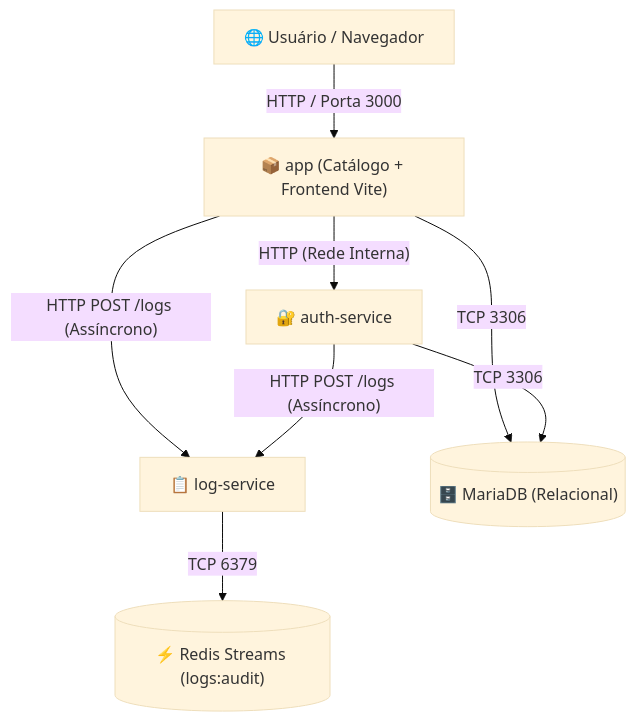
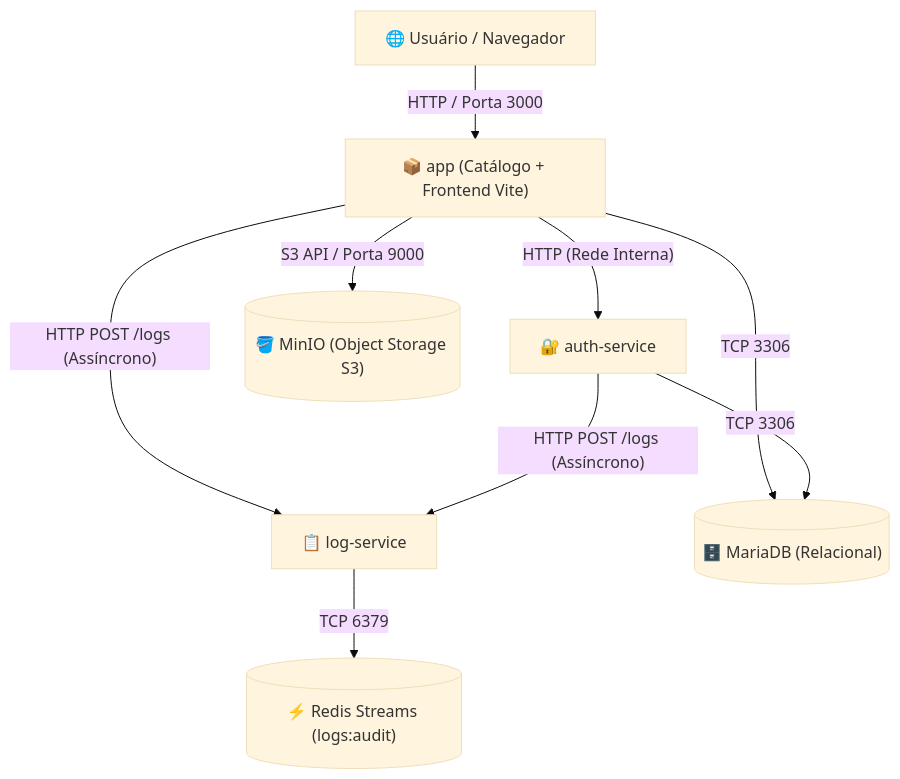
The diagram in README.md (danielmarcalgoncalves/filmecc), drawn with Mermaid (base theme) before and after one commit. The commit also changed other lines of this file and 2 other files, not shown here.

Commit message:
feat: integracao MinIO, upload de avatar, carrossel de favoritos e protecao Anti-IDOR

````diff
--- a/README.md
+++ b/README.md
@@ -13,10 +13,11 @@
 ```mermaid
 graph TD
     Client["🌐 Usuário / Navegador"] -->|"HTTP / Porta 3000"| App["📦 app (Catálogo + Frontend Vite)"]
     App -->|"HTTP (Rede Interna)"| Auth["🔐 auth-service"]
     App -->|"HTTP POST /logs (Assíncrono)"| Log["📋 log-service"]
     Auth -->|"HTTP POST /logs (Assíncrono)"| Log
     App -->|"TCP 3306"| MariaDB[("🗄️ MariaDB (Relacional)")]
     Auth -->|"TCP 3306"| MariaDB
     Log -->|"TCP 6379"| Redis[("⚡ Redis Streams (logs:audit)")]
+    App -->|"S3 API / Porta 9000"| MinIO[("🪣 MinIO (Object Storage S3)")]
 ```
````
